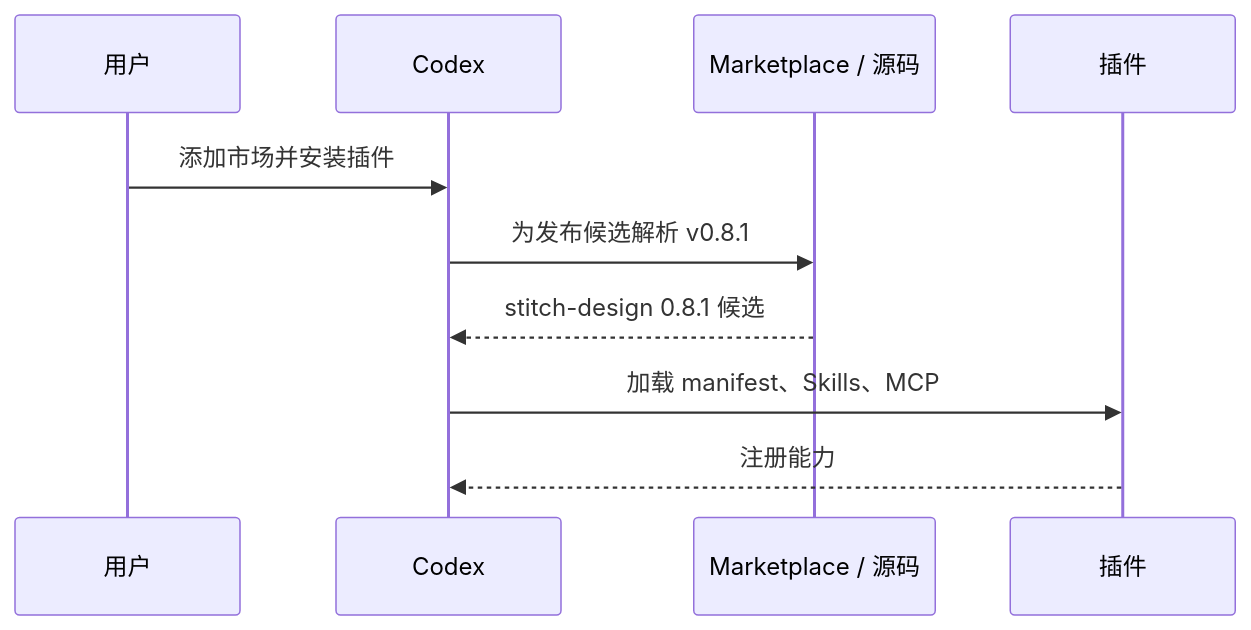
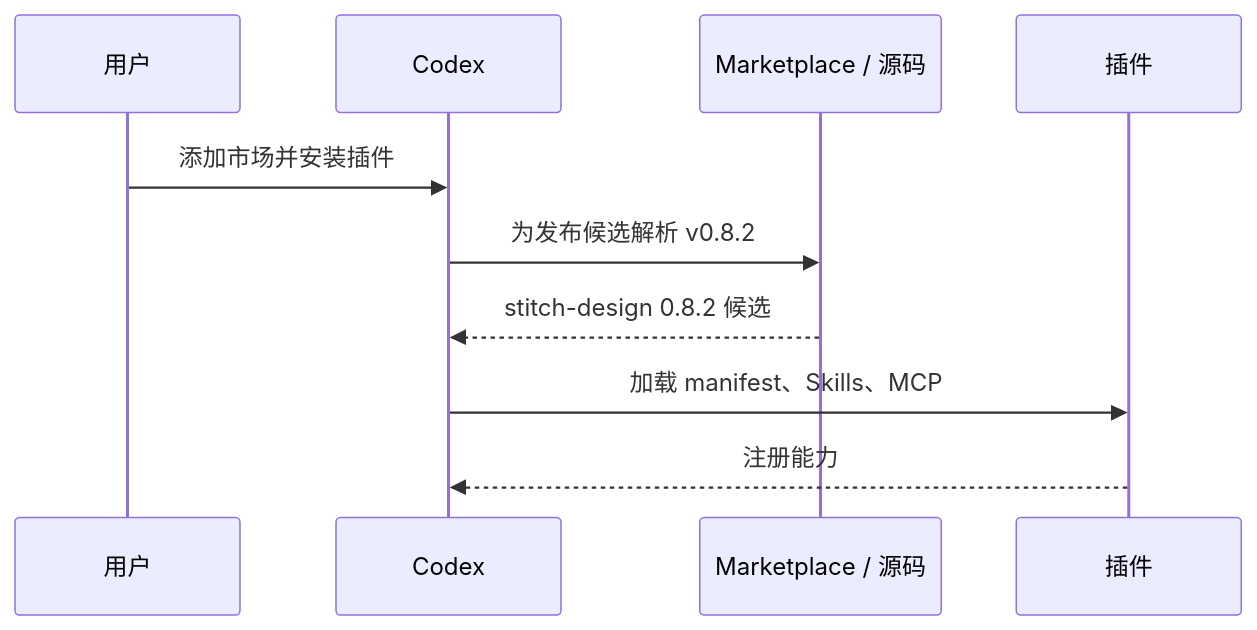
Before and after one commit to full-stack-plugins/stitch-design-plugin: the seventh of 11 diagrams in docs/Stitch-Design-Architecture.zh_CN.md, drawn with Mermaid. The commit also changed other lines of this file and 13 other files, not shown here.

````diff
--- a/docs/Stitch-Design-Architecture.zh_CN.md
+++ b/docs/Stitch-Design-Architecture.zh_CN.md
@@ -173,12 +173,12 @@
 ```mermaid
 sequenceDiagram
     participant U as 用户
     participant C as Codex
     participant M as Marketplace / 源码
     participant P as 插件
     U->>C: 添加市场并安装插件
-    C->>M: 为发布候选解析 v0.8.1
-    M-->>C: stitch-design 0.8.1 候选
+    C->>M: 为发布候选解析 v0.8.2
+    M-->>C: stitch-design 0.8.2 候选
     C->>P: 加载 manifest、Skills、MCP
     P-->>C: 注册能力
 ```
````
